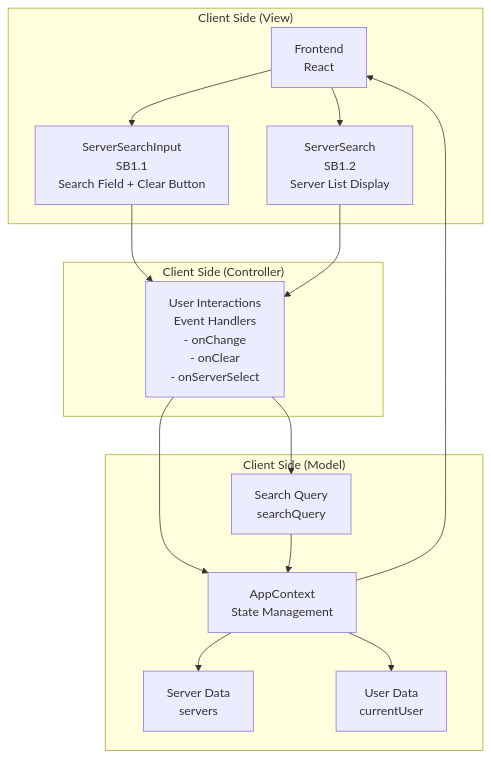
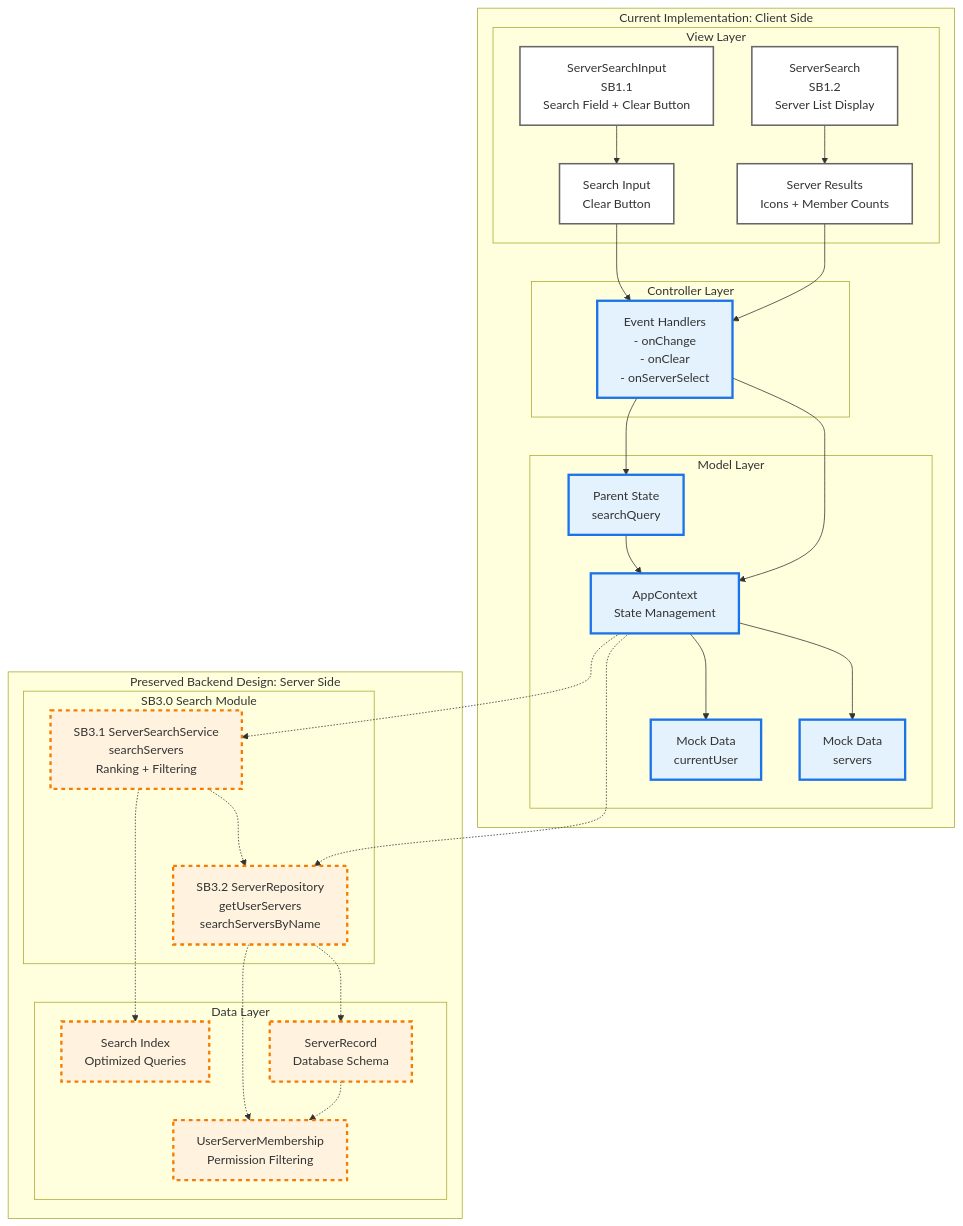
One commit to JamezM546/Web-Based-Discord-Clone changed the diagram in docs/diagrams/search_architecture_diagram.mmd. Above: the diagram before and after it, drawn with Mermaid. The commit also changed 20 other files, not shown here.

First line of the commit message:
Update dev specs v2 to align with current codebase while preserving backend design

```diff
--- a/docs/diagrams/search_architecture_diagram.mmd
+++ b/docs/diagrams/search_architecture_diagram.mmd
@@ -1,32 +1,65 @@
 graph TB
     %% Clear Server Search Bar - Architecture Diagram
-    %% MVC Architecture Pattern
+    %% Shows both current client-side implementation and preserved backend design
 
-    subgraph "Client Side (View)"
-        A[Frontend<br/>React]
-        B[ServerSearchInput<br/>SB1.1<br/>Search Field + Clear Button]
-        C[ServerSearch<br/>SB1.2<br/>Server List Display]
+    subgraph "Current Implementation: Client Side"
+        subgraph "View Layer"
+            A[ServerSearchInput<br/>SB1.1<br/>Search Field + Clear Button]
+            B[ServerSearch<br/>SB1.2<br/>Server List Display]
+            A1[Search Input<br/>Clear Button]
+            A2[Server Results<br/>Icons + Member Counts]
+        end
+        
+        subgraph "Controller Layer"
+            C[Event Handlers<br/>- onChange<br/>- onClear<br/>- onServerSelect]
+        end
+        
+        subgraph "Model Layer"
+            D[AppContext<br/>State Management]
+            D1[Mock Data<br/>servers]
+            D2[Mock Data<br/>currentUser]
+            D3[Parent State<br/>searchQuery]
+        end
     end
 
-    subgraph "Client Side (Controller)"
-        D[User Interactions<br/>Event Handlers<br/>- onChange<br/>- onClear<br/>- onServerSelect]
+    subgraph "Preserved Backend Design: Server Side"
+        subgraph "SB3.0 Search Module"
+            E[SB3.1 ServerSearchService<br/>searchServers<br/>Ranking + Filtering]
+            F[SB3.2 ServerRepository<br/>getUserServers<br/>searchServersByName]
+        end
+        
+        subgraph "Data Layer"
+            G[ServerRecord<br/>Database Schema]
+            H[UserServerMembership<br/>Permission Filtering]
+            I[Search Index<br/>Optimized Queries]
+        end
     end
 
-    subgraph "Client Side (Model)"
-        E[AppContext<br/>State Management]
-        F[Server Data<br/>servers]
-        G[User Data<br/>currentUser]
-        H[Search Query<br/>searchQuery]
-    end
+    %% Current Implementation Flow
+    A --> A1
+    B --> A2
+    A1 --> C
+    A2 --> C
+    C --> D
+    C --> D3
+    D --> D1
+    D --> D2
+    D3 --> D
 
-    %% MVC Data Flow
-    A --> B
-    A --> C
-    B --> D
-    C --> D
-    D --> E
-    D --> H
-    E --> F
-    E --> G
-    H --> E
-    E --> A
+    %% Future Backend Connections (dashed lines)
+    D -.-> F
+    D -.-> E
+    E -.-> F
+    F -.-> G
+    F -.-> H
+    E -.-> I
+    G -.-> H
+
+    %% Styling
+    classDef currentImpl fill:#e3f2fd,stroke:#1a73e8,stroke-width:3px
+    classDef backendDesign fill:#fff3e0,stroke:#f57c00,stroke-width:3px,stroke-dasharray: 5 5
+    classDef componentClass fill:#ffffff,stroke:#666666,stroke-width:2px
+    
+    class A,B,A1,A2,C,D,D1,D2,D3 currentImpl
+    class E,F,G,H,I backendDesign
+    class A,B,A1,A2 componentClass
```
